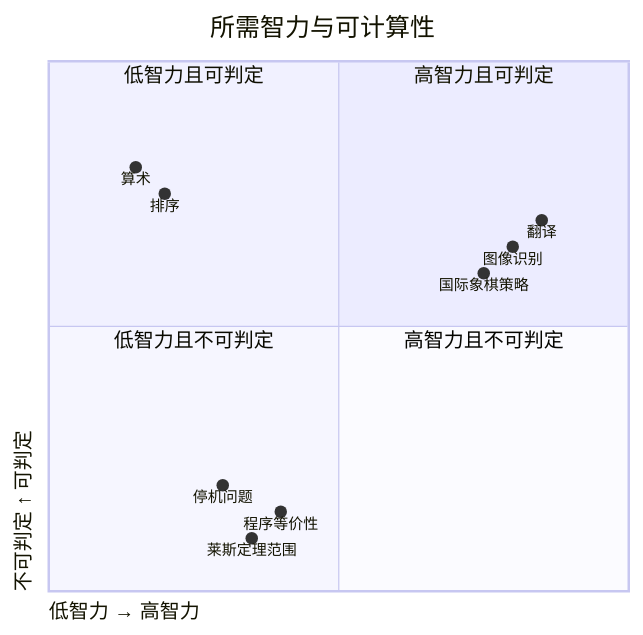
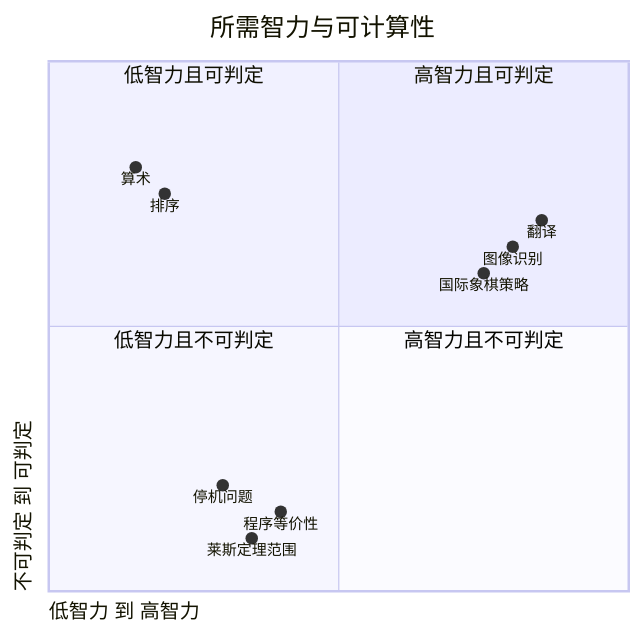
One commit to tikazyq/marvinzhang.dev changed the third of 3 diagrams in i18n/zh/docusaurus-plugin-content-blog/2025-10-04-fundamental-limits-in-computing.mdx. Above: the diagram before and after it, drawn with Mermaid.

Commit message:
Fix Mermaid quadrantChart syntax error in Chinese version

````diff
--- a/i18n/zh/docusaurus-plugin-content-blog/2025-10-04-fundamental-limits-in-computing.mdx
+++ b/i18n/zh/docusaurus-plugin-content-blog/2025-10-04-fundamental-limits-in-computing.mdx
@@ -381,19 +381,19 @@
 ```mermaid
 quadrantChart
     title 所需智力与可计算性
-    x-axis 低智力 → 高智力
-    y-axis 不可判定 ↑ 可判定
+    x-axis 低智力 到 高智力
+    y-axis 不可判定 到 可判定
     quadrant-1 高智力且可判定
     quadrant-2 低智力且可判定
     quadrant-3 低智力且不可判定
     quadrant-4 高智力且不可判定
     
     算术: [0.15, 0.8]
     排序: [0.2, 0.75]
     翻译: [0.85, 0.7]
     国际象棋策略: [0.75, 0.6]
     图像识别: [0.8, 0.65]
     停机问题: [0.3, 0.2]
     程序等价性: [0.4, 0.15]
     莱斯定理范围: [0.35, 0.1]
 ```
````
